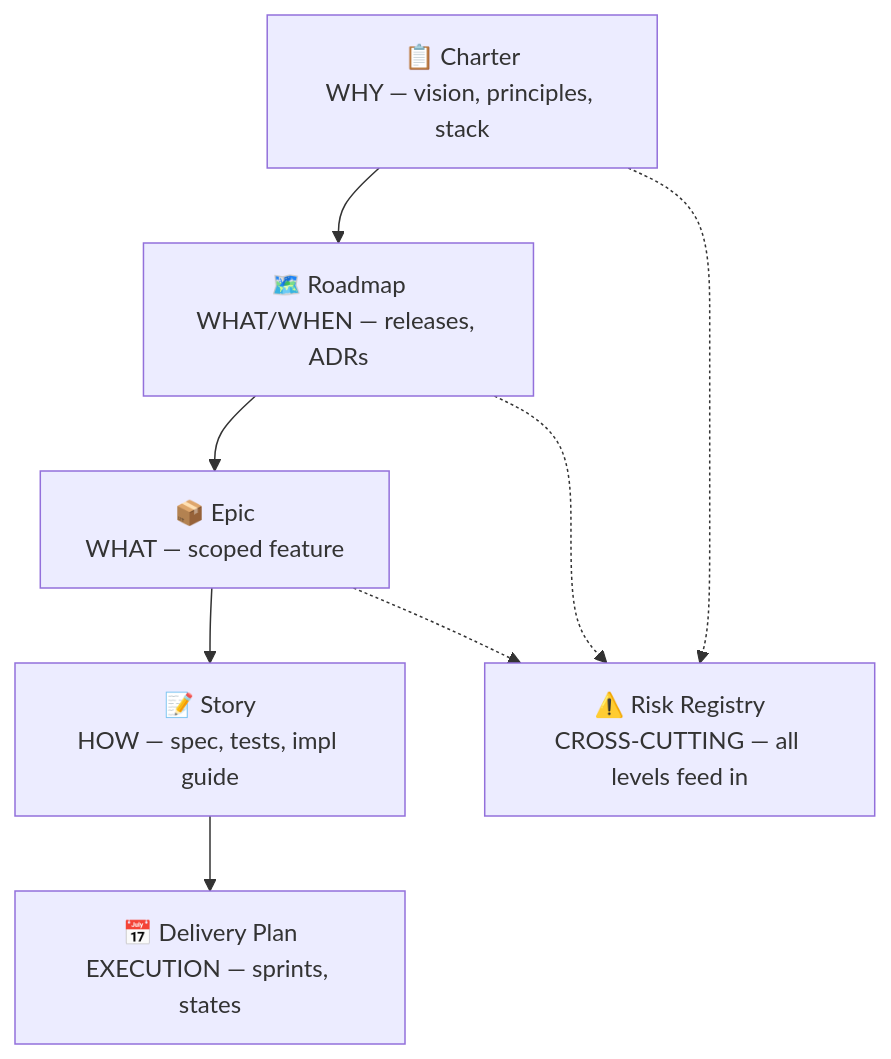
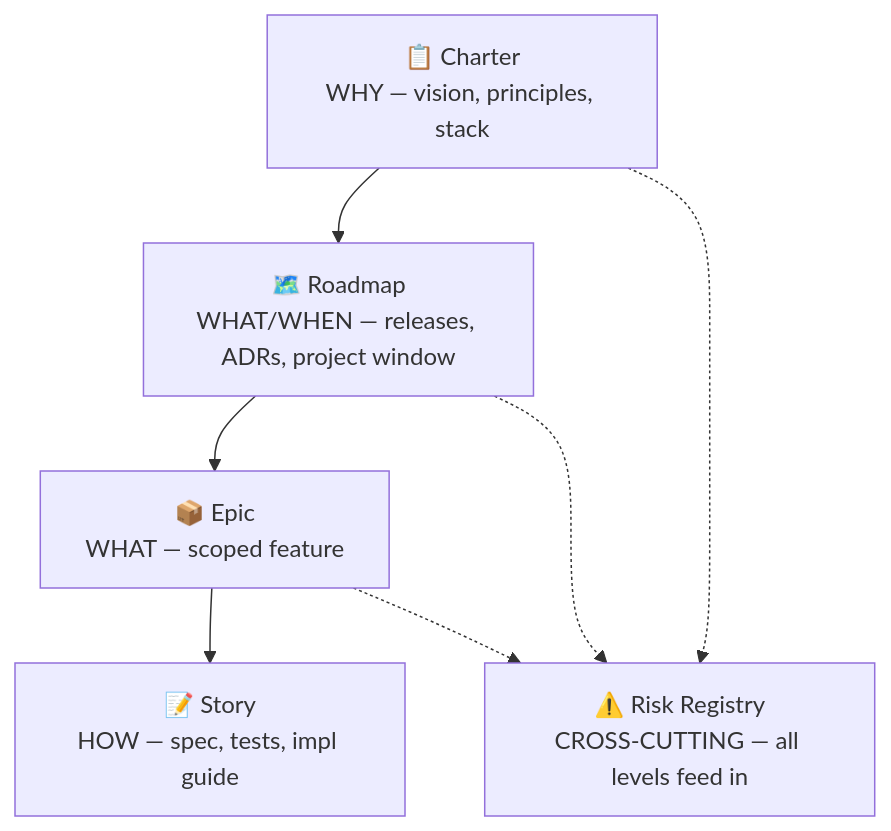
One commit to sandrinio/V-Bounce-OS changed the second of 8 diagrams in OVERVIEW.md. Above: the diagram before and after it, drawn with Mermaid. The commit also changed other lines of this file and 60 other files, not shown here.

````diff
--- a/OVERVIEW.md
+++ b/OVERVIEW.md
@@ -30,12 +30,11 @@
 ```mermaid
 flowchart TB
     C["📋 Charter\nWHY — vision, principles, stack"]
-    R["🗺️ Roadmap\nWHAT/WHEN — releases, ADRs"]
+    R["🗺️ Roadmap\nWHAT/WHEN — releases, ADRs, project window"]
     E["📦 Epic\nWHAT — scoped feature"]
     S["📝 Story\nHOW — spec, tests, impl guide"]
-    D["📅 Delivery Plan\nEXECUTION — sprints, states"]
     RR["⚠️ Risk Registry\nCROSS-CUTTING — all levels feed in"]
 
-    C --> R --> E --> S --> D
+    C --> R --> E --> S
     C & R & E -.-> RR
 ```
````
